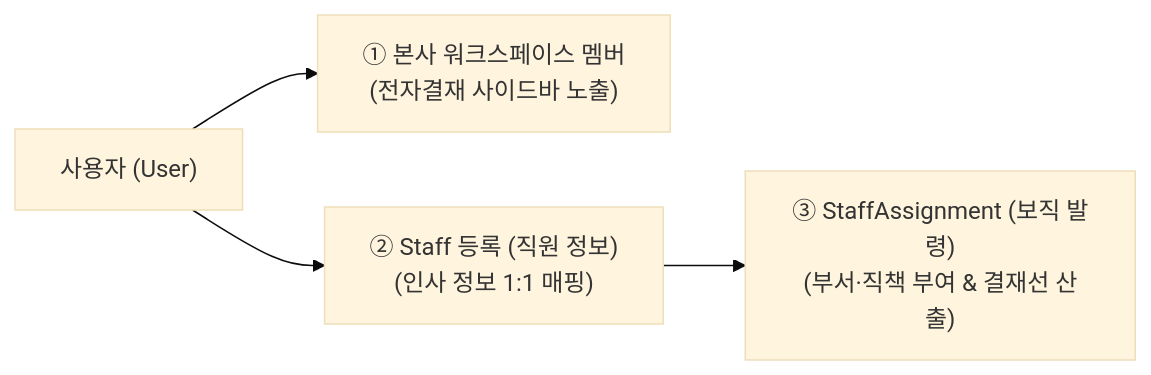
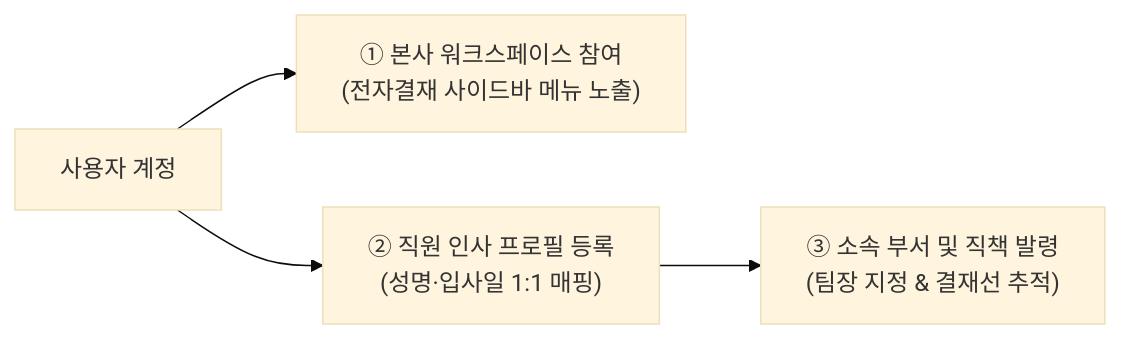
Before and after one commit to nc2U/ibs: the second of 3 diagrams in app/vue/docs/approval/index.md, drawn with Mermaid (base theme). The commit also changed other lines of this file and 17 other files, not shown here.

````diff
--- a/app/vue/docs/approval/index.md
+++ b/app/vue/docs/approval/index.md
@@ -27,6 +34,6 @@
 ```mermaid
 flowchart LR
-    U["사용자 (User)"] --> C1["① 본사 워크스페이스 멤버<br>(전자결재 사이드바 노출)"]
-    U --> C2["② Staff 등록 (직원 정보)<br>(인사 정보 1:1 매핑)"]
-    C2 --> C3["③ StaffAssignment (보직 발령)<br>(부서·직책 부여 & 결재선 산출)"]
+    U["사용자 계정"] --> C1["① 본사 워크스페이스 참여<br>(전자결재 사이드바 메뉴 노출)"]
+    U --> C2["② 직원 인사 프로필 등록<br>(성명·입사일 1:1 매핑)"]
+    C2 --> C3["③ 소속 부서 및 직책 발령<br>(팀장 지정 & 결재선 추적)"]
 ```
````
